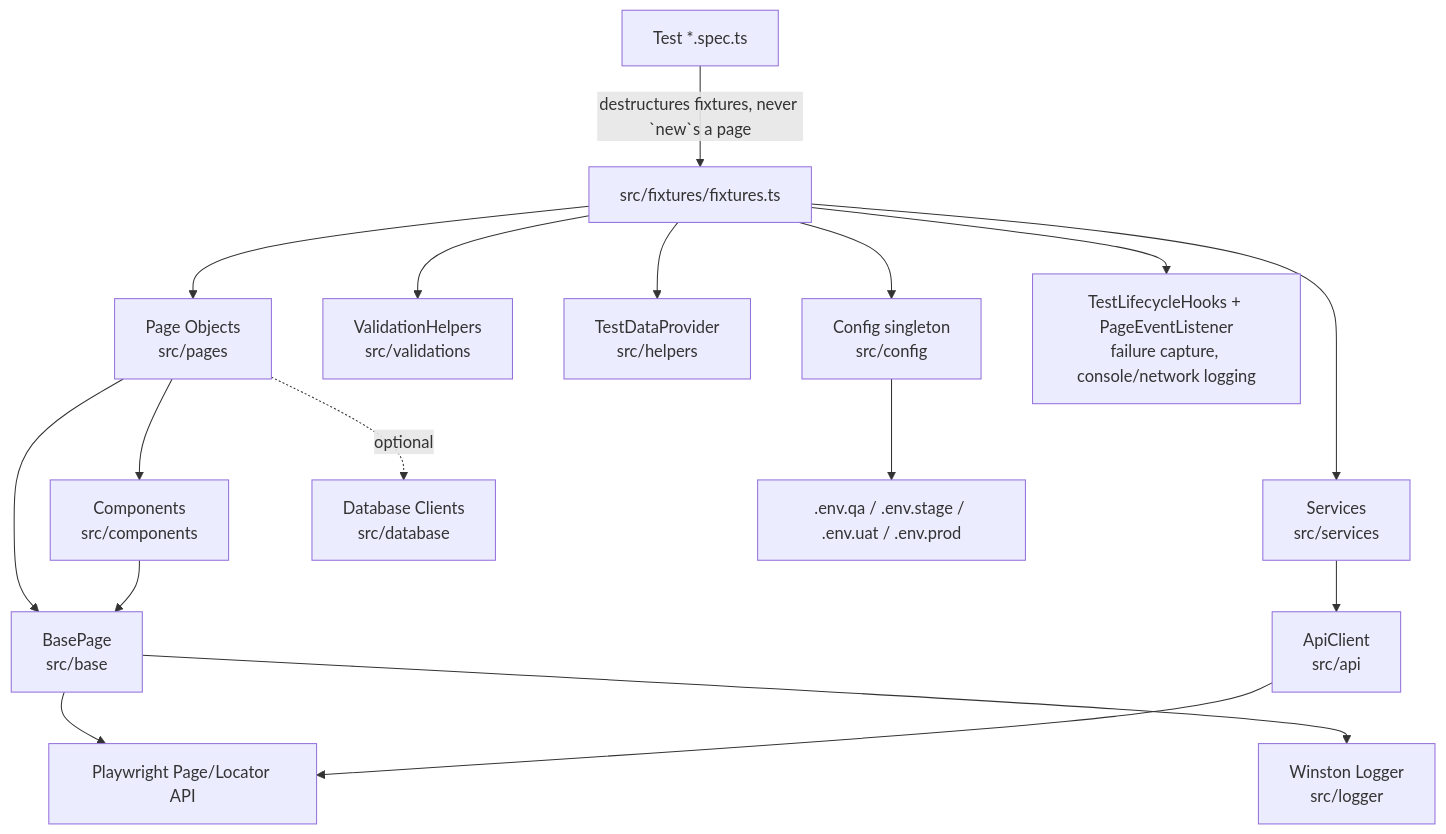
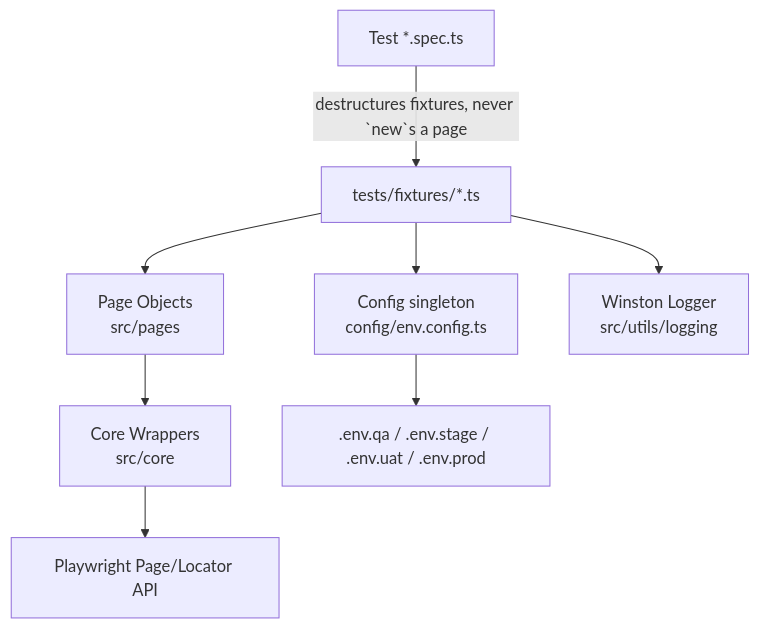
The diagram in README.md (sureshisreal/Auto_AI), drawn with Mermaid before and after one commit. The commit also changed other lines of this file, not shown here.

````diff
--- a/README.md
+++ b/README.md
@@ -28,19 +39,10 @@
 ```mermaid
 flowchart TD
-    T[Test *.spec.ts] -->|destructures fixtures, never `new`s a page| F[src/fixtures/fixtures.ts]
+    T[Test *.spec.ts] -->|destructures fixtures, never `new`s a page| F[tests/fixtures/*.ts]
     F --> P[Page Objects\nsrc/pages]
-    F --> S[Services\nsrc/services]
-    F --> V[ValidationHelpers\nsrc/validations]
-    F --> TD[TestDataProvider\nsrc/helpers]
-    P --> C[Components\nsrc/components]
-    P --> B[BasePage\nsrc/base]
-    C --> B
-    B --> PW[Playwright Page/Locator API]
-    S --> API[ApiClient\nsrc/api]
-    API --> PW
-    P -.optional.-> DB[Database Clients\nsrc/database]
-    F --> CFG[Config singleton\nsrc/config]
+    F --> CFG[Config singleton\nconfig/env.config.ts]
+    F --> LOG[Winston Logger\nsrc/utils/logging]
+    P --> CORE[Core Wrappers\nsrc/core]
+    CORE --> PW[Playwright Page/Locator API]
     CFG --> ENV[.env.qa / .env.stage / .env.uat / .env.prod]
-    B --> LOG[Winston Logger\nsrc/logger]
-    F --> HOOKS[TestLifecycleHooks + PageEventListener\nfailure capture, console/network logging]
 ```
````
